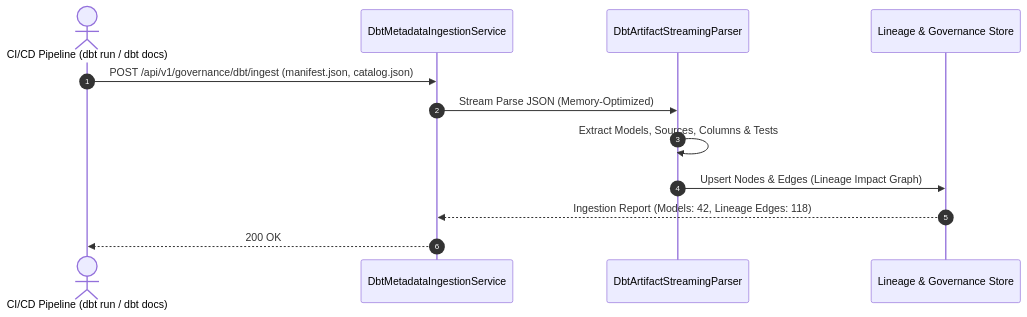
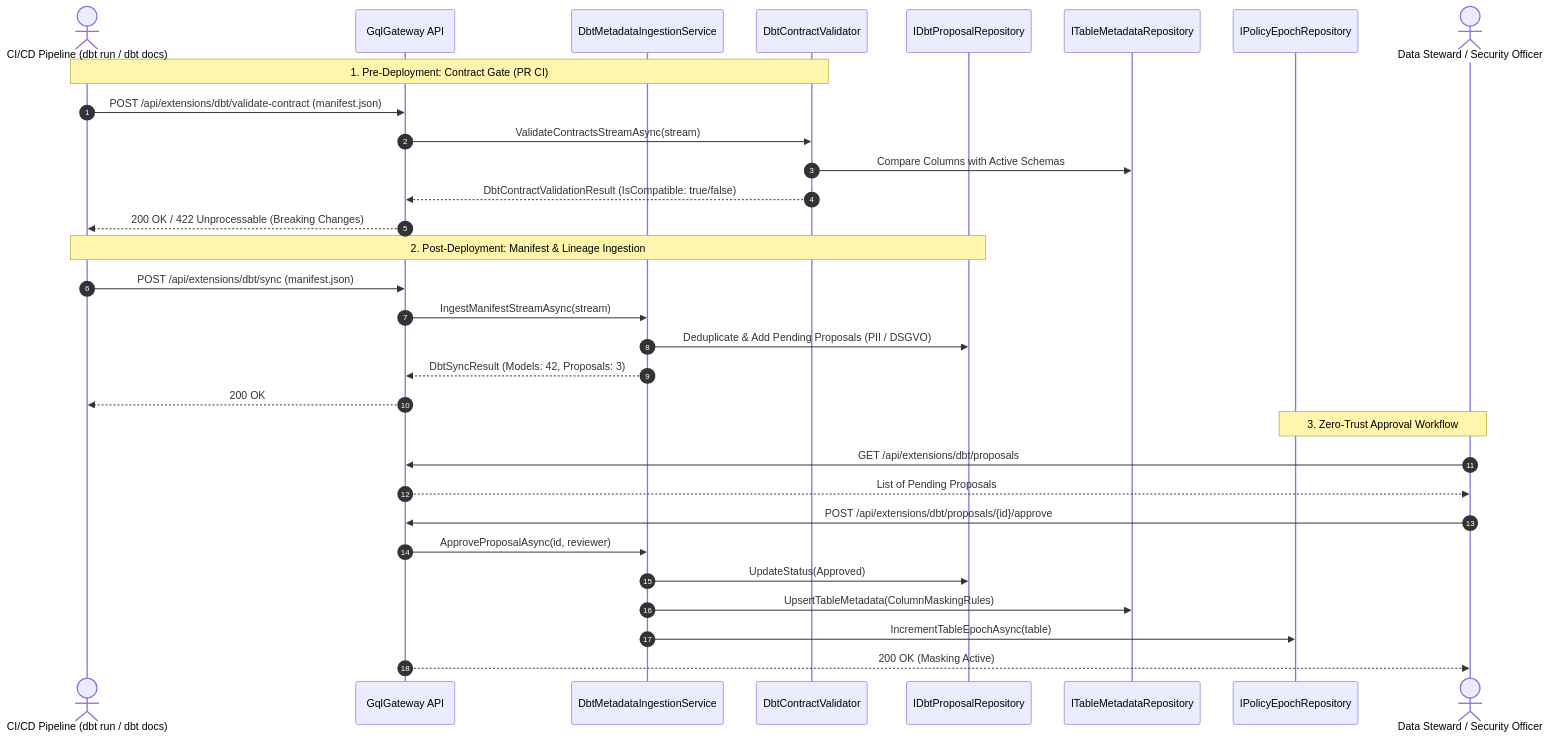
Before and after one commit to themulle/gql_extensions: the diagram in docs/dbt-integration-guide.md, drawn with Mermaid. The commit also changed other lines of this file and 8 other files, not shown here.

Commit message:
feat(dbt): implement contract validation, proposal approval lifecycle and update lakehouse factory providers

````diff
--- a/docs/dbt-integration-guide.md
+++ b/docs/dbt-integration-guide.md
@@ -20,15 +21,36 @@
 ```mermaid
 sequenceDiagram
     autonumber
     actor DevOps as CI/CD Pipeline (dbt run / dbt docs)
+    participant GW as GqlGateway API
     participant Ingest as DbtMetadataIngestionService
-    participant Stream as DbtArtifactStreamingParser
-    participant Graph as Lineage & Governance Store
+    participant Validator as DbtContractValidator
+    participant Repo as IDbtProposalRepository
+    participant Meta as ITableMetadataRepository
+    participant Epoch as IPolicyEpochRepository
+    actor Steward as Data Steward / Security Officer
 
-    DevOps->>Ingest: POST /api/v1/governance/dbt/ingest (manifest.json, catalog.json)
-    Ingest->>Stream: Stream Parse JSON (Memory-Optimized)
-    Stream->>Stream: Extract Models, Sources, Columns & Tests
-    Stream->>Graph: Upsert Nodes & Edges (Lineage Impact Graph)
-    Graph-->>Ingest: Ingestion Report (Models: 42, Lineage Edges: 118)
-    Ingest-->>DevOps: 200 OK
+    Note over DevOps,Validator: 1. Pre-Deployment: Contract Gate (PR CI)
+    DevOps->>GW: POST /api/extensions/dbt/validate-contract (manifest.json)
+    GW->>Validator: ValidateContractsStreamAsync(stream)
+    Validator->>Meta: Compare Columns with Active Schemas
+    Validator-->>GW: DbtContractValidationResult (IsCompatible: true/false)
+    GW-->>DevOps: 200 OK / 422 Unprocessable (Breaking Changes)
+
+    Note over DevOps,Repo: 2. Post-Deployment: Manifest & Lineage Ingestion
+    DevOps->>GW: POST /api/extensions/dbt/sync (manifest.json)
+    GW->>Ingest: IngestManifestStreamAsync(stream)
+    Ingest->>Repo: Deduplicate & Add Pending Proposals (PII / DSGVO)
+    Ingest-->>GW: DbtSyncResult (Models: 42, Proposals: 3)
+    GW-->>DevOps: 200 OK
+
+    Note over Steward,Epoch: 3. Zero-Trust Approval Workflow
+    Steward->>GW: GET /api/extensions/dbt/proposals
+    GW-->>Steward: List of Pending Proposals
+    Steward->>GW: POST /api/extensions/dbt/proposals/{id}/approve
+    GW->>Ingest: ApproveProposalAsync(id, reviewer)
+    Ingest->>Repo: UpdateStatus(Approved)
+    Ingest->>Meta: UpsertTableMetadata(ColumnMaskingRules)
+    Ingest->>Epoch: IncrementTableEpochAsync(table)
+    GW-->>Steward: 200 OK (Masking Active)
 ```
````
